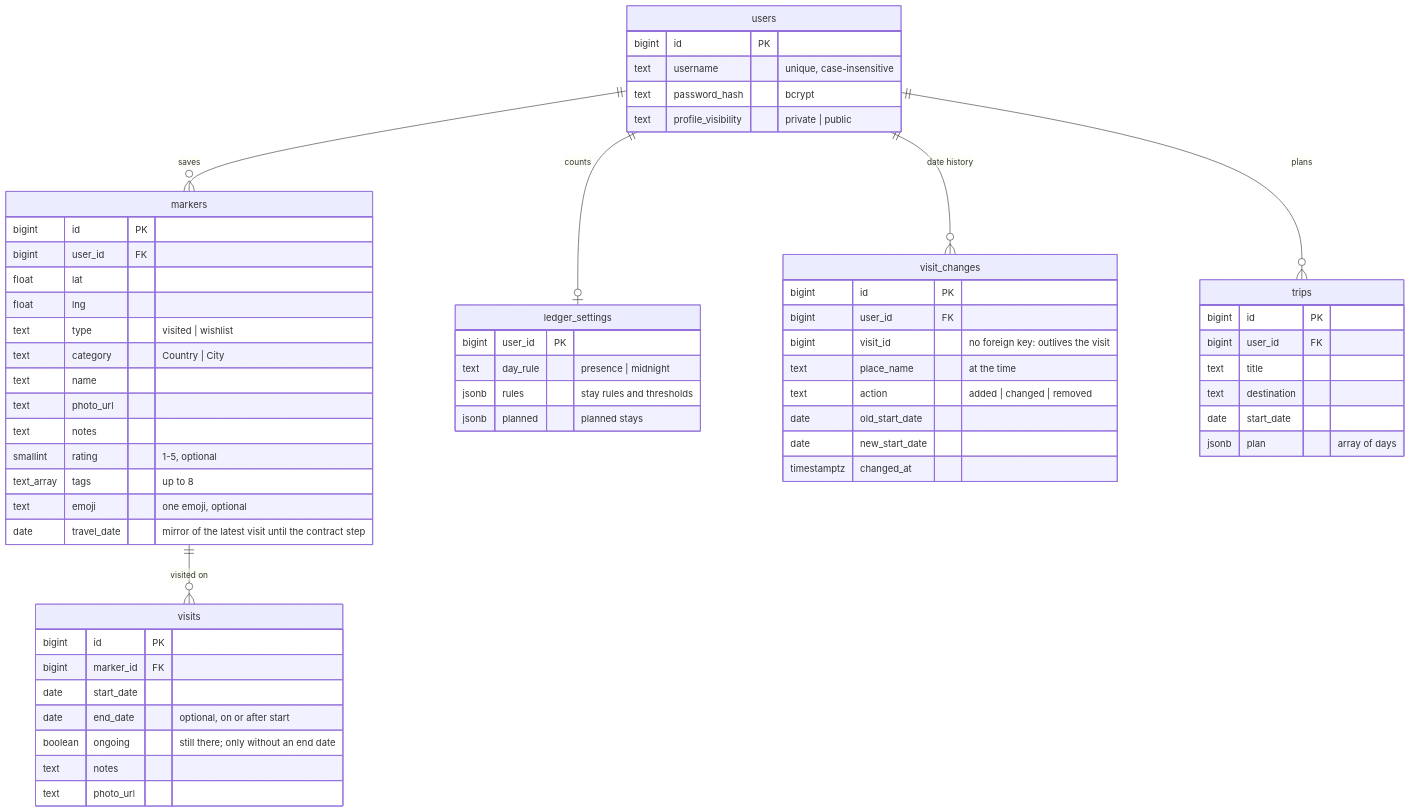
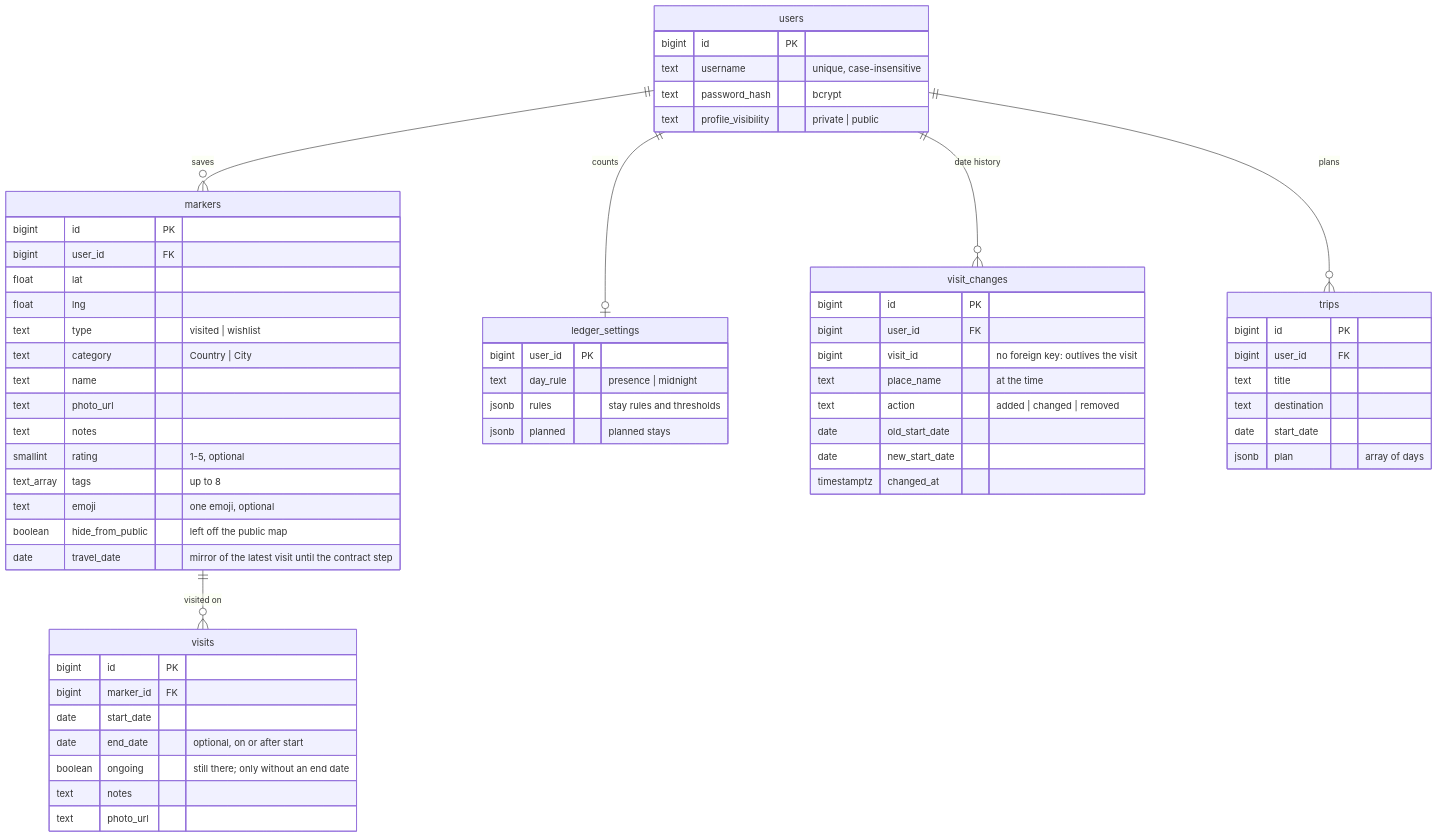
The diagram in docs/data-model.md (chefzaid/travelmapster), drawn with Mermaid before and after one commit. The commit also changed other lines of this file and 18 other files, not shown here.

First line of the commit message:
Let travelers hide single places from their public map

````diff
--- a/docs/data-model.md
+++ b/docs/data-model.md
@@ -8,62 +8,63 @@
 ```mermaid
 erDiagram
     users ||--o{ markers : saves
     markers ||--o{ visits : "visited on"
     users ||--o| ledger_settings : counts
     users ||--o{ visit_changes : "date history"
     users ||--o{ trips : plans
     users {
         bigint id PK
         text username "unique, case-insensitive"
         text password_hash "bcrypt"
         text profile_visibility "private | public"
     }
     markers {
         bigint id PK
         bigint user_id FK
         float lat
         float lng
         text type "visited | wishlist"
         text category "Country | City"
         text name
         text photo_url
         text notes
         smallint rating "1-5, optional"
         text_array tags "up to 8"
         text emoji "one emoji, optional"
+        boolean hide_from_public "left off the public map"
         date travel_date "mirror of the latest visit until the contract step"
     }
     visits {
         bigint id PK
         bigint marker_id FK
         date start_date
         date end_date "optional, on or after start"
         boolean ongoing "still there; only without an end date"
         text notes
         text photo_url
     }
     ledger_settings {
         bigint user_id PK
         text day_rule "presence | midnight"
         jsonb rules "stay rules and thresholds"
         jsonb planned "planned stays"
     }
     visit_changes {
         bigint id PK
         bigint user_id FK
         bigint visit_id "no foreign key: outlives the visit"
         text place_name "at the time"
         text action "added | changed | removed"
         date old_start_date
         date new_start_date
         timestamptz changed_at
     }
     trips {
         bigint id PK
         bigint user_id FK
         text title
         text destination
         date start_date
         jsonb plan "array of days"
     }
 ```
````
